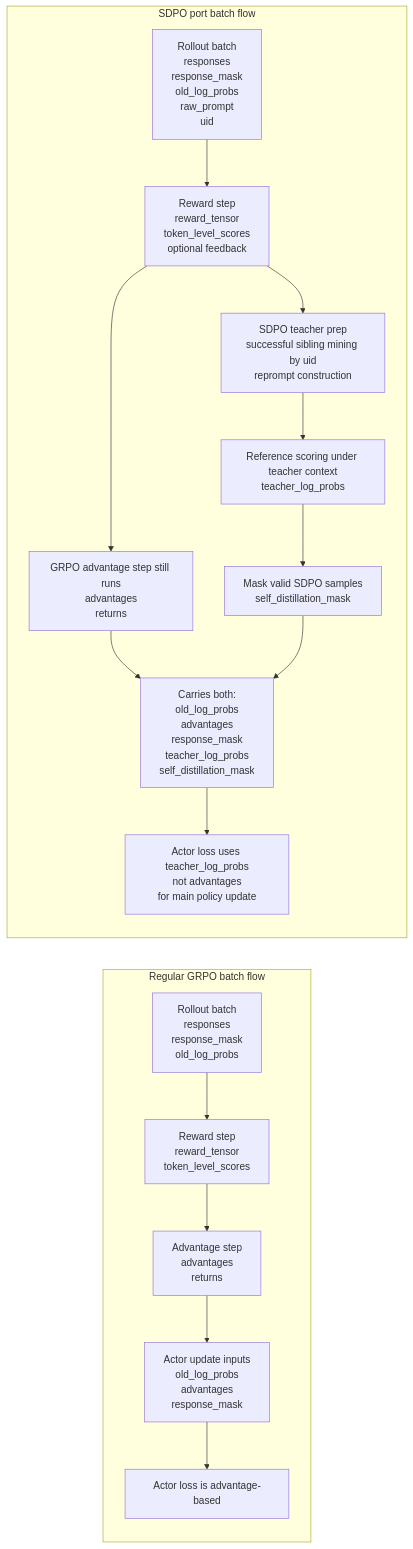
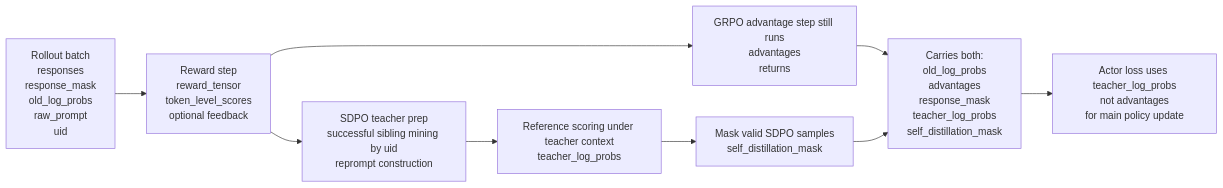
Before and after one commit to zhoutong-hai/verl: the fifth of 6 diagrams in SDPO_VERL_IMPLEMENTATION_EXPERIMENT_GUIDE.md, drawn with Mermaid. The commit also changed other lines of this file and 3 other files, not shown here.

````diff
--- a/SDPO_VERL_IMPLEMENTATION_EXPERIMENT_GUIDE.md
+++ b/SDPO_VERL_IMPLEMENTATION_EXPERIMENT_GUIDE.md
@@ -99,20 +172,11 @@
 ```mermaid
 flowchart LR
-    subgraph G["Regular GRPO batch flow"]
-        G1["Rollout batch<br/>responses<br/>response_mask<br/>old_log_probs"] --> G2["Reward step<br/>reward_tensor<br/>token_level_scores"]
-        G2 --> G3["Advantage step<br/>advantages<br/>returns"]
-        G3 --> G4["Actor update inputs<br/>old_log_probs<br/>advantages<br/>response_mask"]
-        G4 --> G5["Actor loss is advantage-based"]
-    end
-
-    subgraph S["SDPO port batch flow"]
-        S1["Rollout batch<br/>responses<br/>response_mask<br/>old_log_probs<br/>raw_prompt<br/>uid"] --> S2["Reward step<br/>reward_tensor<br/>token_level_scores<br/>optional feedback"]
-        S2 --> S3["GRPO advantage step still runs<br/>advantages<br/>returns"]
-        S2 --> S4["SDPO teacher prep<br/>successful sibling mining by uid<br/>reprompt construction"]
-        S4 --> S5["Reference scoring under teacher context<br/>teacher_log_probs"]
-        S5 --> S6["Mask valid SDPO samples<br/>self_distillation_mask"]
-        S3 --> S7["Final actor batch in SDPO mode"]
-        S6 --> S7
-        S7["Carries both:<br/>old_log_probs<br/>advantages<br/>response_mask<br/>teacher_log_probs<br/>self_distillation_mask"] --> S8["Actor loss uses teacher_log_probs<br/>not advantages<br/>for main policy update"]
-    end
+    S1["Rollout batch<br/>responses<br/>response_mask<br/>old_log_probs<br/>raw_prompt<br/>uid"] --> S2["Reward step<br/>reward_tensor<br/>token_level_scores<br/>optional feedback"]
+    S2 --> S3["GRPO advantage step still runs<br/>advantages<br/>returns"]
+    S2 --> S4["SDPO teacher prep<br/>successful sibling mining by uid<br/>reprompt construction"]
+    S4 --> S5["Reference scoring under teacher context<br/>teacher_log_probs"]
+    S5 --> S6["Mask valid SDPO samples<br/>self_distillation_mask"]
+    S3 --> S7["Final actor batch in SDPO mode"]
+    S6 --> S7
+    S7["Carries both:<br/>old_log_probs<br/>advantages<br/>response_mask<br/>teacher_log_probs<br/>self_distillation_mask"] --> S8["Actor loss uses teacher_log_probs<br/>not advantages<br/>for main policy update"]
 ```
````
